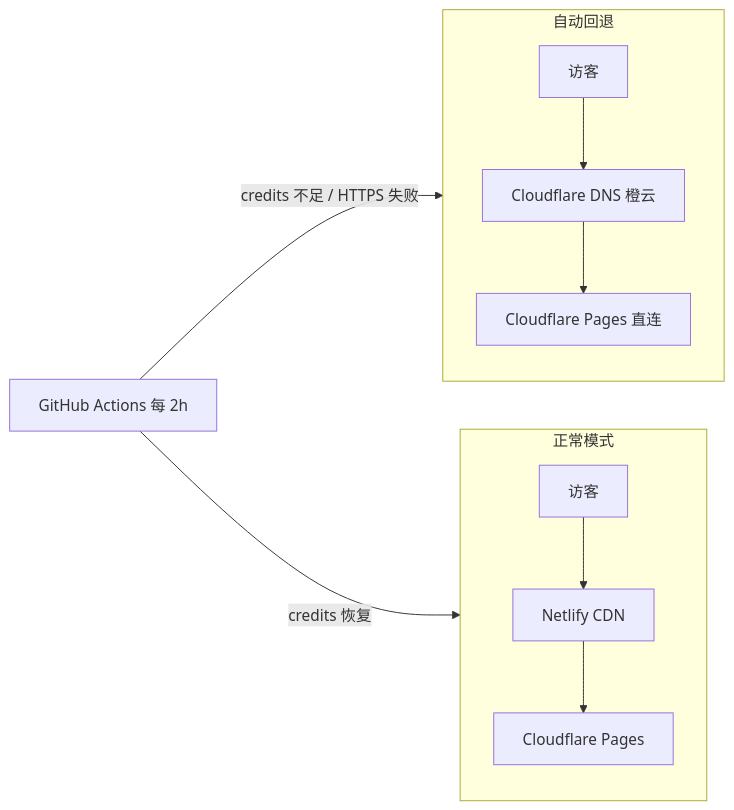
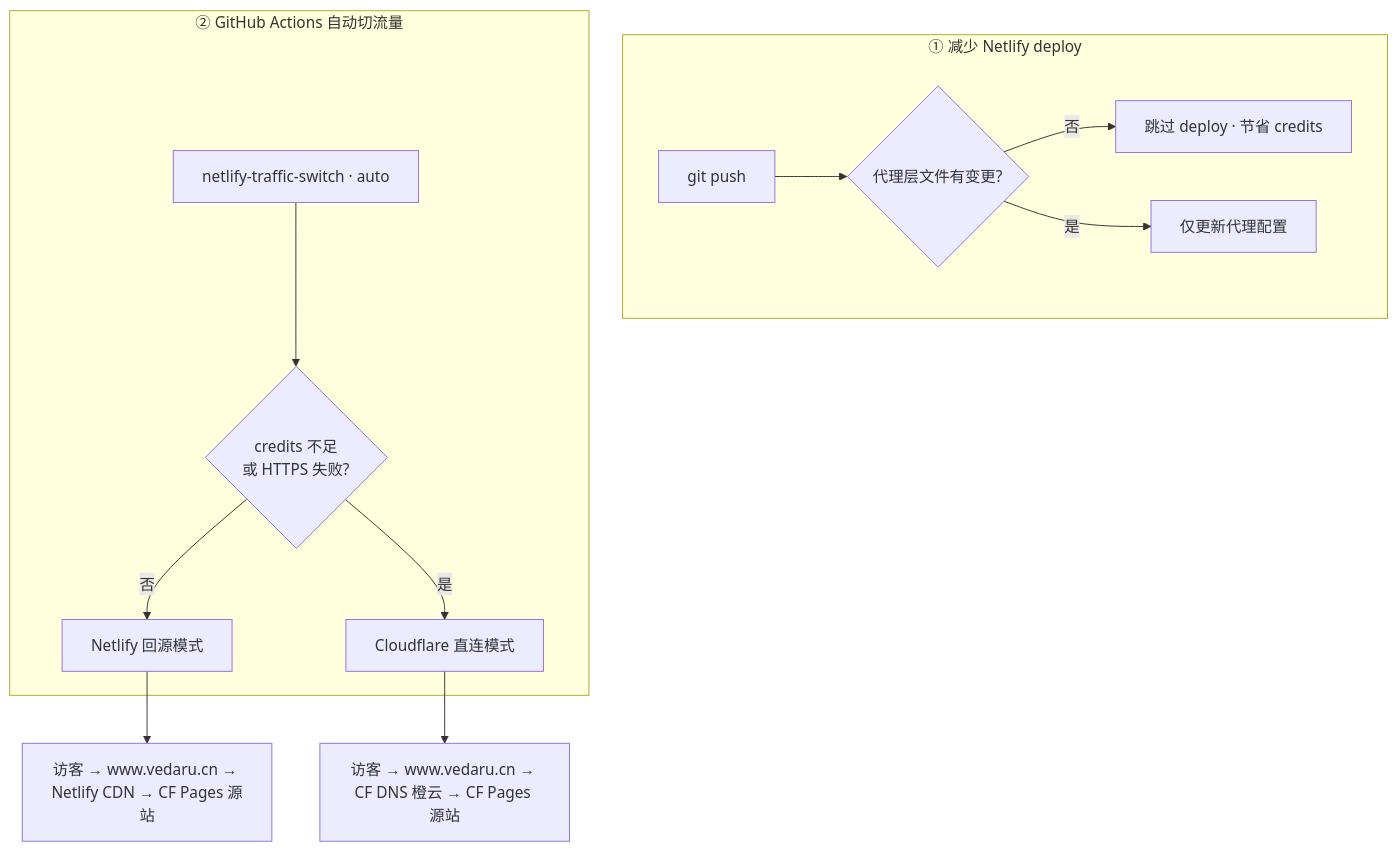
One commit to Vedaru/vedarublog.github.io changed the diagram in src/content/posts/cloudflare-netlify-traffic-switch.md. Above: the diagram before and after it, drawn with Mermaid. The commit also changed 6 other files, not shown here.

````diff
--- a/src/content/posts/cloudflare-netlify-traffic-switch.md
+++ b/src/content/posts/cloudflare-netlify-traffic-switch.md
@@ -50,13 +50,17 @@
 ```mermaid
-flowchart LR
-  subgraph normal [正常模式]
-    U1[访客] --> N[Netlify CDN]
-    N --> CF[Cloudflare Pages]
+flowchart TB
+  subgraph save [① 减少 Netlify deploy]
+    push[git push] --> diff{代理层文件有变更?}
+    diff -->|否| skip[跳过 deploy · 节省 credits]
+    diff -->|是| deploy[仅更新代理配置]
   end
-  subgraph fallback [自动回退]
-    U2[访客] --> DNS[Cloudflare DNS 橙云]
-    DNS --> CF2[Cloudflare Pages 直连]
+
+  subgraph switch [② GitHub Actions 自动切流量]
+    gha[netlify-traffic-switch · auto] --> cond{credits 不足<br/>或 HTTPS 失败?}
+    cond -->|否| modeA[Netlify 回源模式]
+    cond -->|是| modeB[Cloudflare 直连模式]
   end
-  GHA[GitHub Actions 每 2h] -->|credits 不足 / HTTPS 失败| fallback
-  GHA -->|credits 恢复| normal
+
+  modeA --> pathA["访客 → www.vedaru.cn → Netlify CDN → CF Pages 源站"]
+  modeB --> pathB["访客 → www.vedaru.cn → CF DNS 橙云 → CF Pages 源站"]
 ```
````
